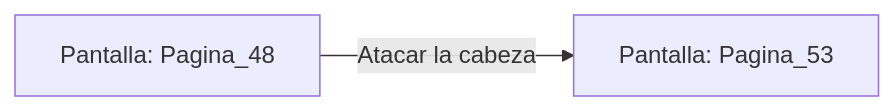
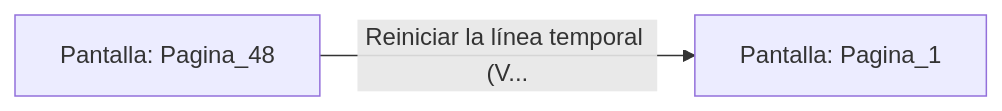
Before and after one commit to metsuke/mpl: the diagram in sample/eligejuego-vault/Pantalla_Pagina_48.md, drawn with Mermaid. The commit also changed other lines of this file and 635 other files, not shown here.

First line of the commit message:
fix: añadir Pagina_1 como pantalla inicial en capitulo_01.mpl

````diff
--- a/sample/eligejuego-vault/Pantalla_Pagina_48.md
+++ b/sample/eligejuego-vault/Pantalla_Pagina_48.md
@@ -14,5 +17,5 @@
 ```mermaid
 graph LR
     P_Pagina_48["Pantalla: Pagina_48"]
-    P_Pagina_48 -->|"Atacar la cabeza"| P_Pagina_53["Pantalla: Pagina_53"]
+    P_Pagina_48 -->|"Reiniciar la línea temporal (V..."| P_Pagina_1["Pantalla: Pagina_1"]
 ```
````
